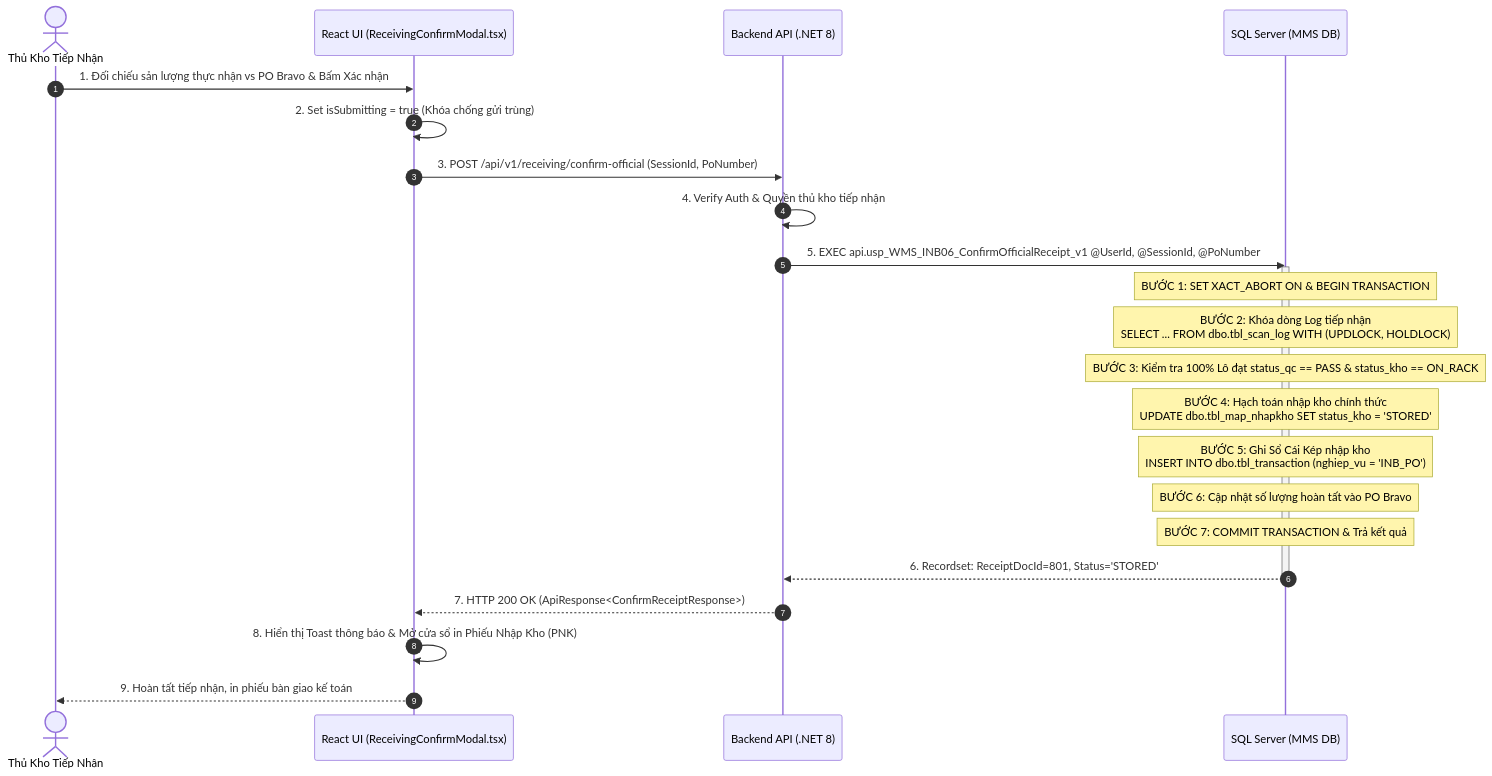
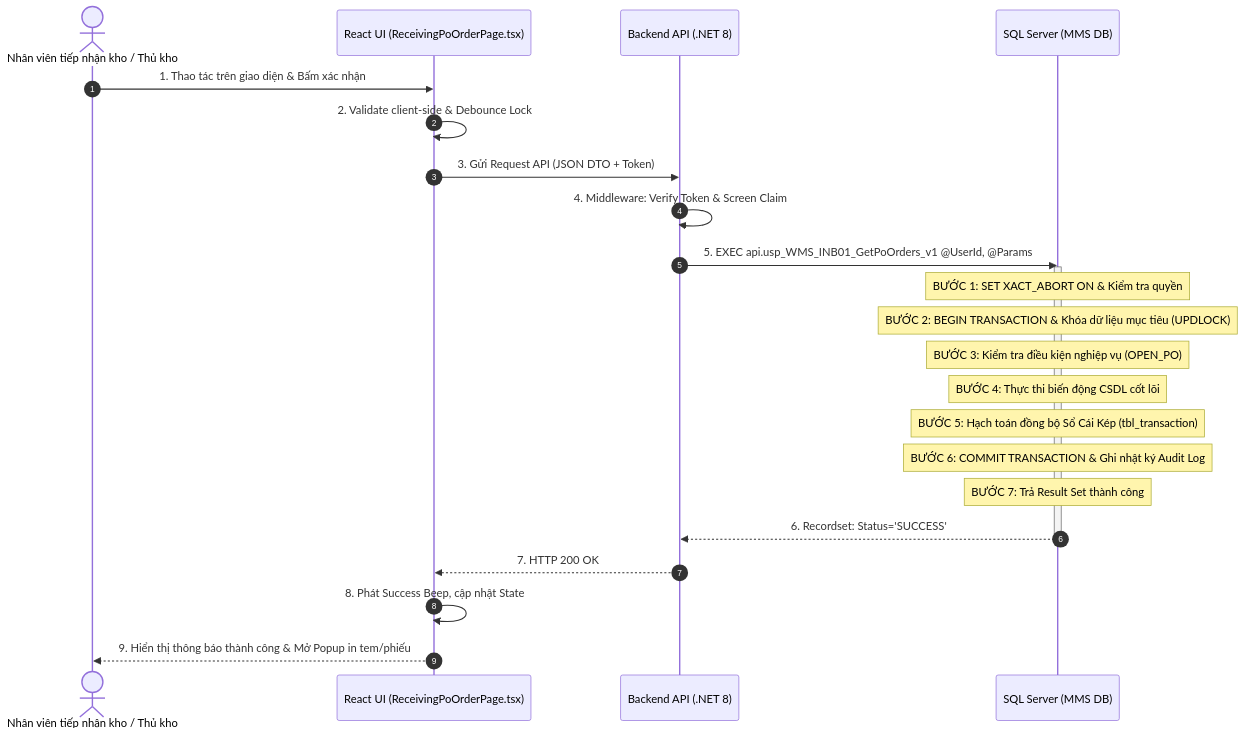
The first of 2 diagrams in docs/03-use-cases/UC-03_INB-01.md (Sohoa-KNSG/mms), drawn with Mermaid before and after one commit. The commit also changed other lines of this file and 44 other files, not shown here.

````diff
--- a/docs/03-use-cases/UC-03_INB-01.md
+++ b/docs/03-use-cases/UC-03_INB-01.md
@@ -133,30 +151,30 @@
 ```mermaid
 sequenceDiagram
     autonumber
-    actor User as Thủ Kho Tiếp Nhận
-    participant UI as React UI (ReceivingConfirmModal.tsx)
+    actor User as Nhân viên tiếp nhận kho / Thủ kho
+    participant UI as React UI (ReceivingPoOrderPage.tsx)
     participant API as Backend API (.NET 8)
     participant DB as SQL Server (MMS DB)
 
-    User->>UI: 1. Đối chiếu sản lượng thực nhận vs PO Bravo & Bấm Xác nhận
-    UI->>UI: 2. Set isSubmitting = true (Khóa chống gửi trùng)
-    UI->>API: 3. POST /api/v1/receiving/confirm-official (SessionId, PoNumber)
+    User->>UI: 1. Thao tác trên giao diện & Bấm xác nhận
+    UI->>UI: 2. Validate client-side & Debounce Lock
+    UI->>API: 3. Gửi Request API (JSON DTO + Token)
     
-    API->>API: 4. Verify Auth & Quyền thủ kho tiếp nhận
-    API->>DB: 5. EXEC api.usp_WMS_INB06_ConfirmOfficialReceipt_v1 @UserId, @SessionId, @PoNumber
+    API->>API: 4. Middleware: Verify Token & Screen Claim
+    API->>DB: 5. EXEC api.usp_WMS_INB01_GetPoOrders_v1 @UserId, @Params
     
     activate DB
-    Note over DB: BƯỚC 1: SET XACT_ABORT ON & BEGIN TRANSACTION
-    Note over DB: BƯỚC 2: Khóa dòng Log tiếp nhận<br/>SELECT ... FROM dbo.tbl_scan_log WITH (UPDLOCK, HOLDLOCK)
-    Note over DB: BƯỚC 3: Kiểm tra 100% Lô đạt status_qc == PASS & status_kho == ON_RACK
-    Note over DB: BƯỚC 4: Hạch toán nhập kho chính thức<br/>UPDATE dbo.tbl_map_nhapkho SET status_kho = 'STORED'
-    Note over DB: BƯỚC 5: Ghi Sổ Cái Kép nhập kho<br/>INSERT INTO dbo.tbl_transaction (nghiep_vu = 'INB_PO')
-    Note over DB: BƯỚC 6: Cập nhật số lượng hoàn tất vào PO Bravo
-    Note over DB: BƯỚC 7: COMMIT TRANSACTION & Trả kết quả
-    DB-->>API: 6. Recordset: ReceiptDocId=801, Status='STORED'
+    Note over DB: BƯỚC 1: SET XACT_ABORT ON & Kiểm tra quyền
+    Note over DB: BƯỚC 2: BEGIN TRANSACTION & Khóa dữ liệu mục tiêu (UPDLOCK)
+    Note over DB: BƯỚC 3: Kiểm tra điều kiện nghiệp vụ (OPEN_PO)
+    Note over DB: BƯỚC 4: Thực thi biến động CSDL cốt lõi
+    Note over DB: BƯỚC 5: Hạch toán đồng bộ Sổ Cái Kép (tbl_transaction)
+    Note over DB: BƯỚC 6: COMMIT TRANSACTION & Ghi nhật ký Audit Log
+    Note over DB: BƯỚC 7: Trả Result Set thành công
+    DB-->>API: 6. Recordset: Status='SUCCESS'
     deactivate DB
 
-    API-->>UI: 7. HTTP 200 OK (ApiResponse<ConfirmReceiptResponse>)
-    UI->>UI: 8. Hiển thị Toast thông báo & Mở cửa sổ in Phiếu Nhập Kho (PNK)
-    UI-->>User: 9. Hoàn tất tiếp nhận, in phiếu bàn giao kế toán
+    API-->>UI: 7. HTTP 200 OK
+    UI->>UI: 8. Phát Success Beep, cập nhật State
+    UI-->>User: 9. Hiển thị thông báo thành công & Mở Popup in tem/phiếu
 ```
````
